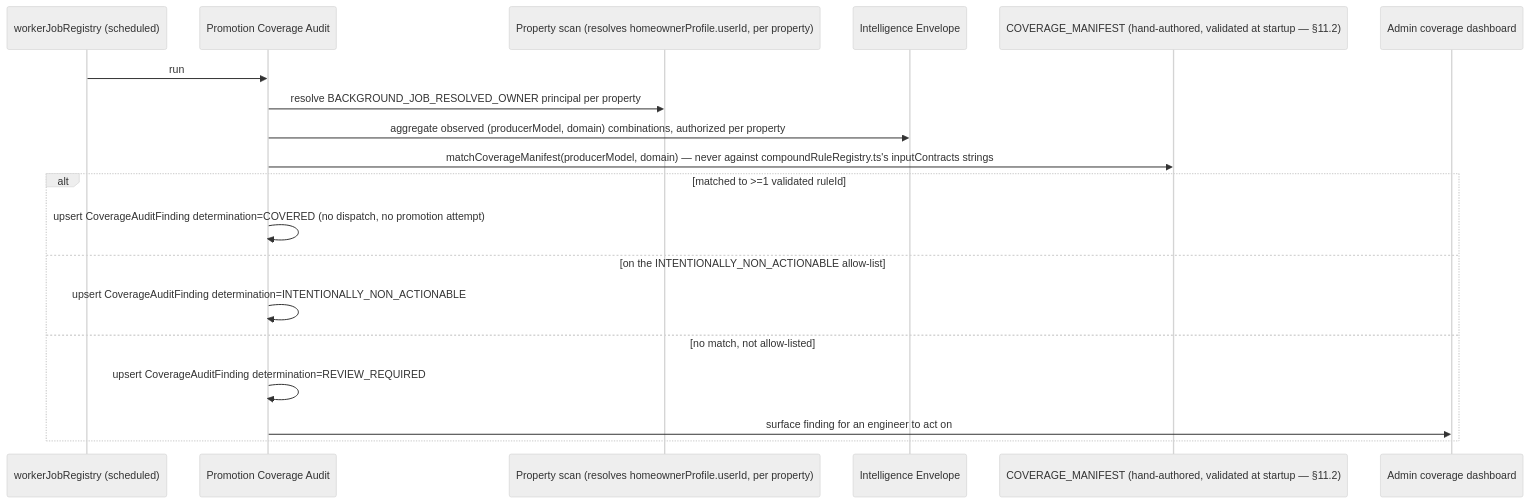
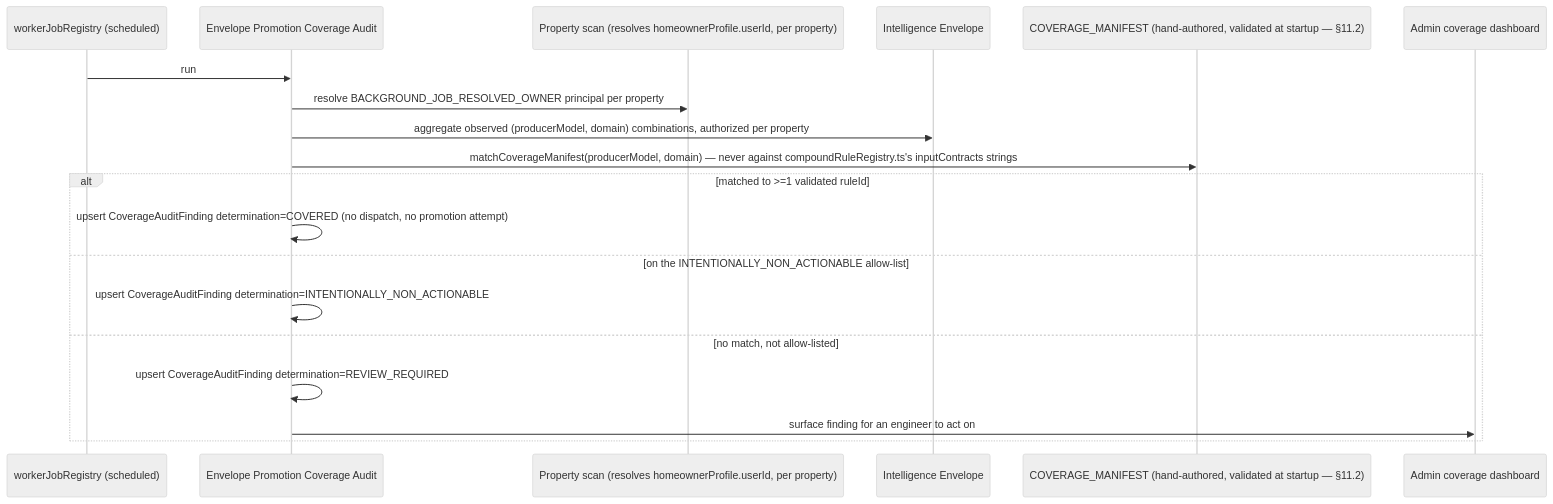
The fifth of 9 diagrams in docs/architecture/C2C_INTELLIGENCE_AGENTIC_EVOLUTION_ARCHITECTURE.md (madhuboyin/contract-to-cozy1), drawn with Mermaid (neutral theme) before and after one commit. The commit also changed other lines of this file, not shown here.

Commit message:
docs: resolve agentic architecture decisions

````diff
--- a/docs/architecture/C2C_INTELLIGENCE_AGENTIC_EVOLUTION_ARCHITECTURE.md
+++ b/docs/architecture/C2C_INTELLIGENCE_AGENTIC_EVOLUTION_ARCHITECTURE.md
@@ -1043,22 +1237,22 @@
 ```mermaid
 sequenceDiagram
   participant Cron as workerJobRegistry (scheduled)
-  participant Cov as Promotion Coverage Audit
+  participant Cov as Envelope Promotion Coverage Audit
   participant Prop as Property scan (resolves homeownerProfile.userId, per property)
   participant Env as Intelligence Envelope
   participant Manifest as COVERAGE_MANIFEST (hand-authored, validated at startup — §11.2)
   participant Dash as Admin coverage dashboard
 
   Cron->>Cov: run
   Cov->>Prop: resolve BACKGROUND_JOB_RESOLVED_OWNER principal per property
   Cov->>Env: aggregate observed (producerModel, domain) combinations, authorized per property
   Cov->>Manifest: matchCoverageManifest(producerModel, domain) — never against compoundRuleRegistry.ts's inputContracts strings
   alt matched to >=1 validated ruleId
     Cov->>Cov: upsert CoverageAuditFinding determination=COVERED (no dispatch, no promotion attempt)
   else on the INTENTIONALLY_NON_ACTIONABLE allow-list
     Cov->>Cov: upsert CoverageAuditFinding determination=INTENTIONALLY_NON_ACTIONABLE
   else no match, not allow-listed
     Cov->>Cov: upsert CoverageAuditFinding determination=REVIEW_REQUIRED
     Cov->>Dash: surface finding for an engineer to act on
   end
 ```
````
